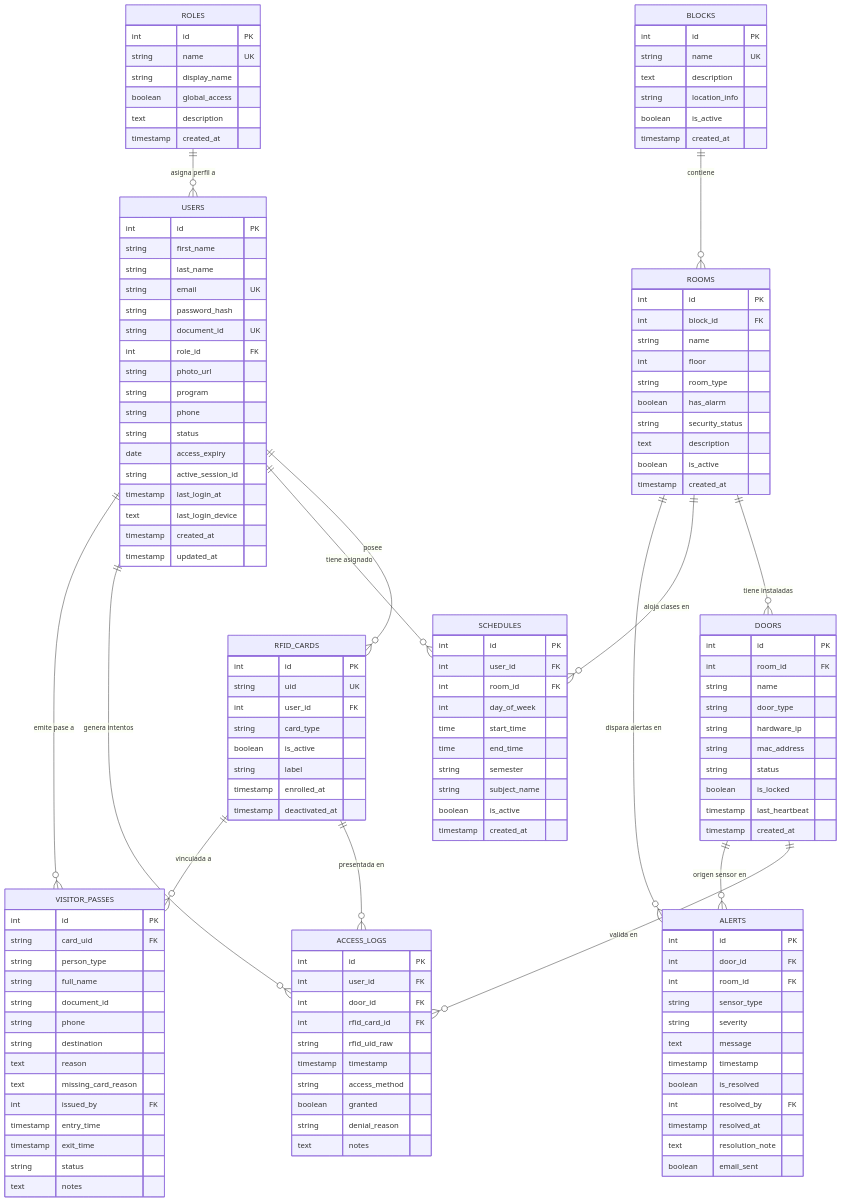
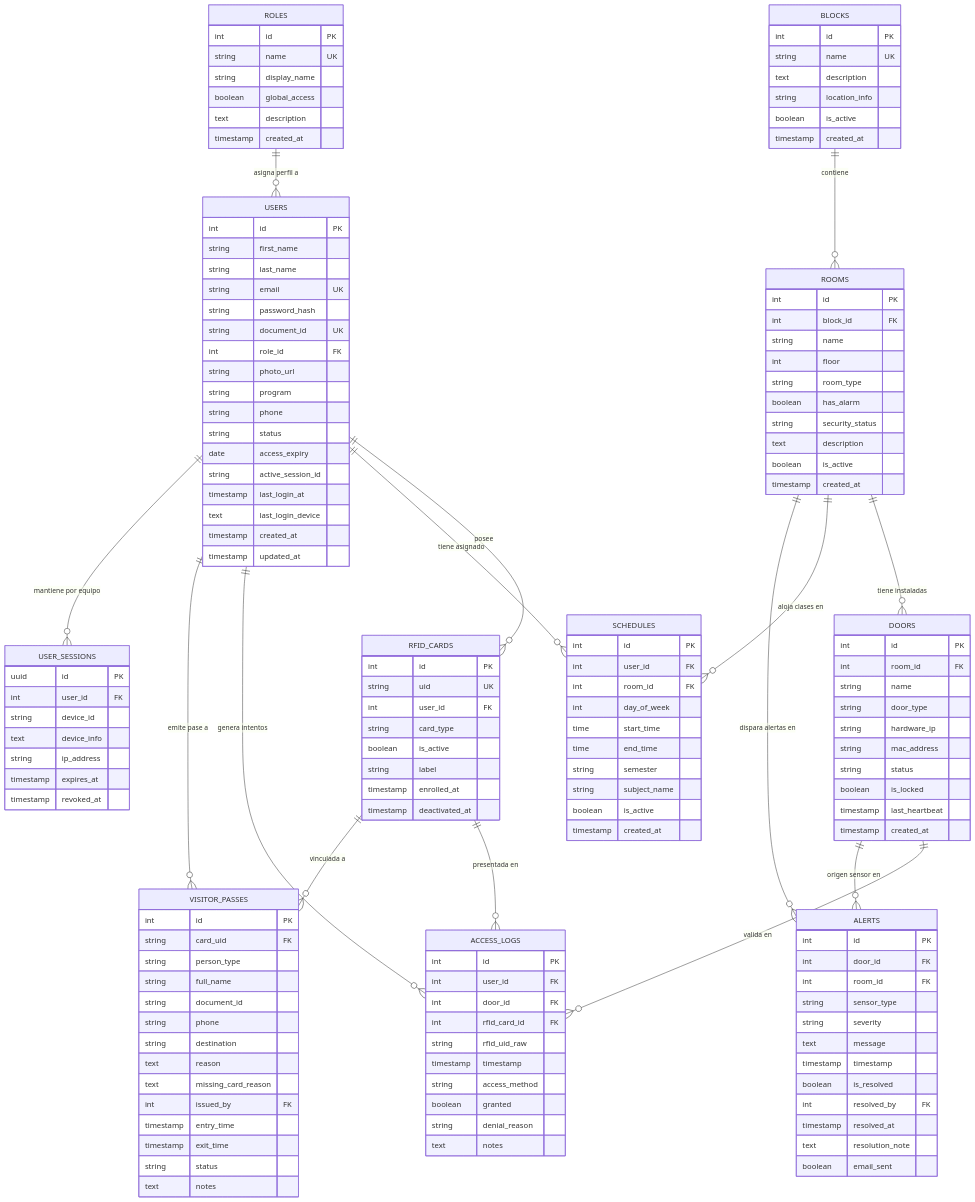
One commit to VoctorMCL/RFID changed the diagram in docs/DATABASE.md. Above: the diagram before and after it, drawn with Mermaid. The commit also changed 17 other files, not shown here.

```diff
--- a/docs/DATABASE.md
+++ b/docs/DATABASE.md
@@ -24,6 +24,7 @@
     USERS ||--o{ SCHEDULES : "tiene asignado"
     USERS ||--o{ ACCESS_LOGS : "genera intentos"
     USERS ||--o{ VISITOR_PASSES : "emite pase a"
+    USERS ||--o{ USER_SESSIONS : "mantiene por equipo"
     
     BLOCKS ||--o{ ROOMS : "contiene"
     ROOMS ||--o{ DOORS : "tiene instaladas"
@@ -62,6 +63,16 @@
         text last_login_device
         timestamp created_at
         timestamp updated_at
+    }
+
+    USER_SESSIONS {
+        uuid id PK
+        int user_id FK
+        string device_id
+        text device_info
+        string ip_address
+        timestamp expires_at
+        timestamp revoked_at
     }
 
     BLOCKS {
```
